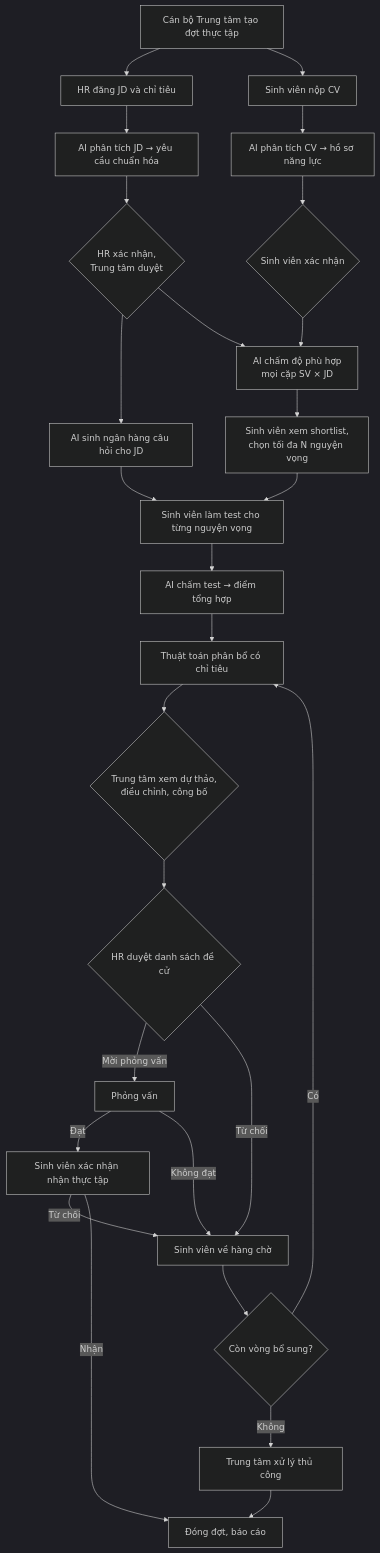
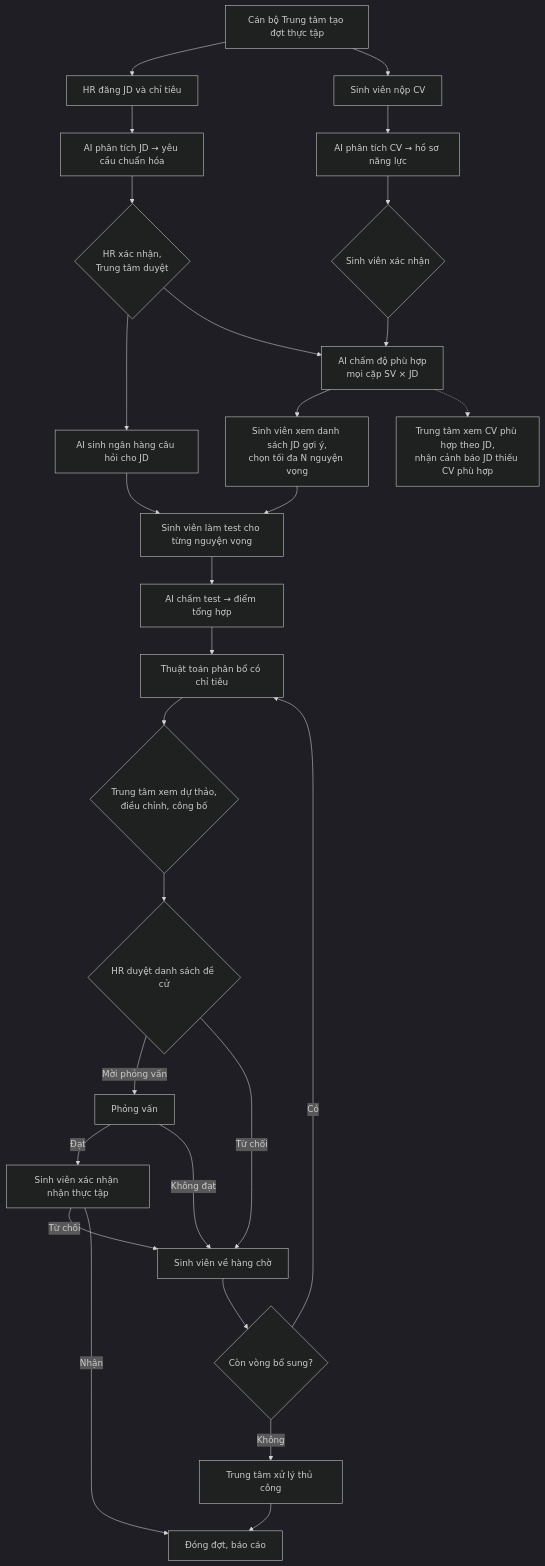
The first of 4 diagrams in docs/PRD.md (PDTnhah/Smart-Recruit-Match), drawn with Mermaid (dark theme) before and after one commit. The commit also changed other lines of this file and 3 other files, not shown here.

````diff
--- a/docs/PRD.md
+++ b/docs/PRD.md
@@ -130,29 +132,30 @@
 ```mermaid
 flowchart TD
     A[Cán bộ Trung tâm tạo đợt thực tập] --> B[HR đăng JD và chỉ tiêu]
     A --> C[Sinh viên nộp CV]
     B --> B1[AI phân tích JD → yêu cầu chuẩn hóa]
     B1 --> B2{HR xác nhận,<br/>Trung tâm duyệt}
     B2 --> B3[AI sinh ngân hàng câu hỏi cho JD]
     C --> C1[AI phân tích CV → hồ sơ năng lực]
     C1 --> C2{Sinh viên xác nhận}
     B2 --> D[AI chấm độ phù hợp<br/>mọi cặp SV × JD]
     C2 --> D
-    D --> E[Sinh viên xem shortlist,<br/>chọn tối đa N nguyện vọng]
+    D --> E[Sinh viên xem danh sách JD gợi ý,<br/>chọn tối đa N nguyện vọng]
+    D -.-> D1[Trung tâm xem CV phù hợp theo JD,<br/>nhận cảnh báo JD thiếu CV phù hợp]
     B3 --> F[Sinh viên làm test cho từng nguyện vọng]
     E --> F
     F --> G[AI chấm test → điểm tổng hợp]
     G --> H[Thuật toán phân bổ có chỉ tiêu]
     H --> H1{Trung tâm xem dự thảo,<br/>điều chỉnh, công bố}
     H1 --> I{HR duyệt danh sách đề cử}
     I -- Mời phỏng vấn --> K[Phỏng vấn]
     I -- Từ chối --> L[Sinh viên về hàng chờ]
     K -- Đạt --> M[Sinh viên xác nhận nhận thực tập]
     K -- Không đạt --> L
     M -- Từ chối --> L
     L --> N{Còn vòng bổ sung?}
     N -- Có --> H
     N -- Không --> O[Trung tâm xử lý thủ công]
     M -- Nhận --> P[Đóng đợt, báo cáo]
     O --> P
 ```
````
